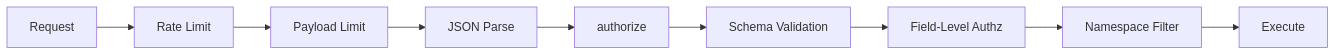
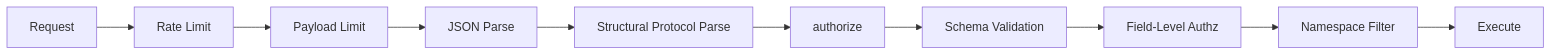
Before and after one commit to 21nCo/superfunctions: the diagram in datafn/docs/content/docs/documentation/security/index.mdx, drawn with Mermaid. The commit also changed other lines of this file and 1210 other files, not shown here.

````diff
--- a/datafn/docs/content/docs/documentation/security/index.mdx
+++ b/datafn/docs/content/docs/documentation/security/index.mdx
@@ -11,11 +11,12 @@
 ```mermaid
 flowchart LR
     A[Request] --> B[Rate Limit]
     B --> C[Payload Limit]
     C --> D[JSON Parse]
-    D --> E[authorize]
+    D --> S[Structural Protocol Parse]
+    S --> E[authorize]
     E --> F[Schema Validation]
     F --> G[Field-Level Authz]
     G --> H[Namespace Filter]
     H --> I[Execute]
 ```
````
